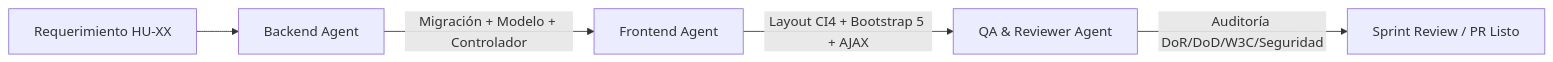
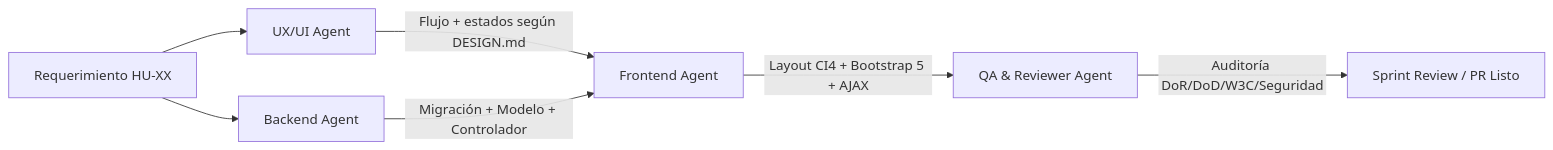
One commit to Lionellara27/Turnoplaner changed the diagram in .agents/AGENTS.md. Above: the diagram before and after it, drawn with Mermaid. The commit also changed other lines of this file and 3 other files, not shown here.

````diff
--- a/.agents/AGENTS.md
+++ b/.agents/AGENTS.md
@@ -15,7 +30,9 @@
 ```mermaid
 flowchart LR
     A[Requerimiento HU-XX] --> B[Backend Agent]
-    B -->|Migración + Modelo + Controlador| C[Frontend Agent]
+    A --> U[UX/UI Agent]
+    U -->|Flujo + estados según DESIGN.md| C[Frontend Agent]
+    B -->|Migración + Modelo + Controlador| C
     C -->|Layout CI4 + Bootstrap 5 + AJAX| D[QA & Reviewer Agent]
     D -->|Auditoría DoR/DoD/W3C/Seguridad| E[Sprint Review / PR Listo]
 ```
````
